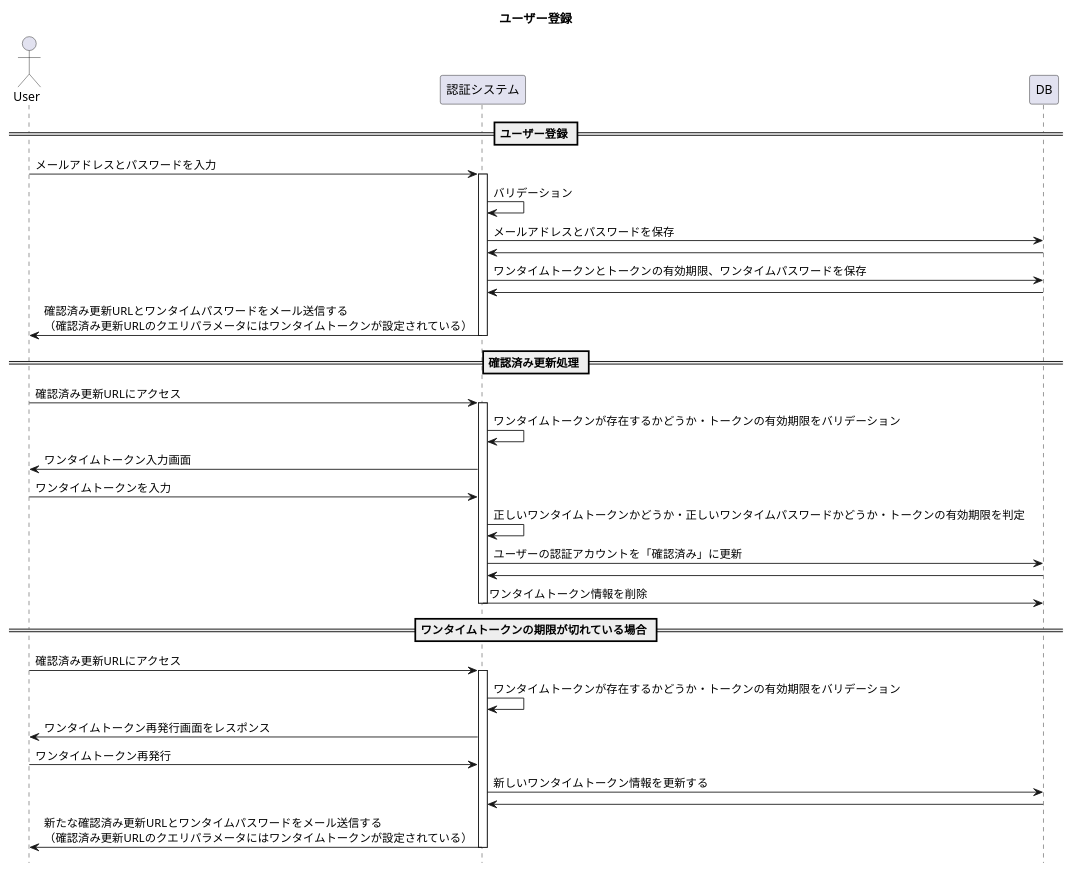
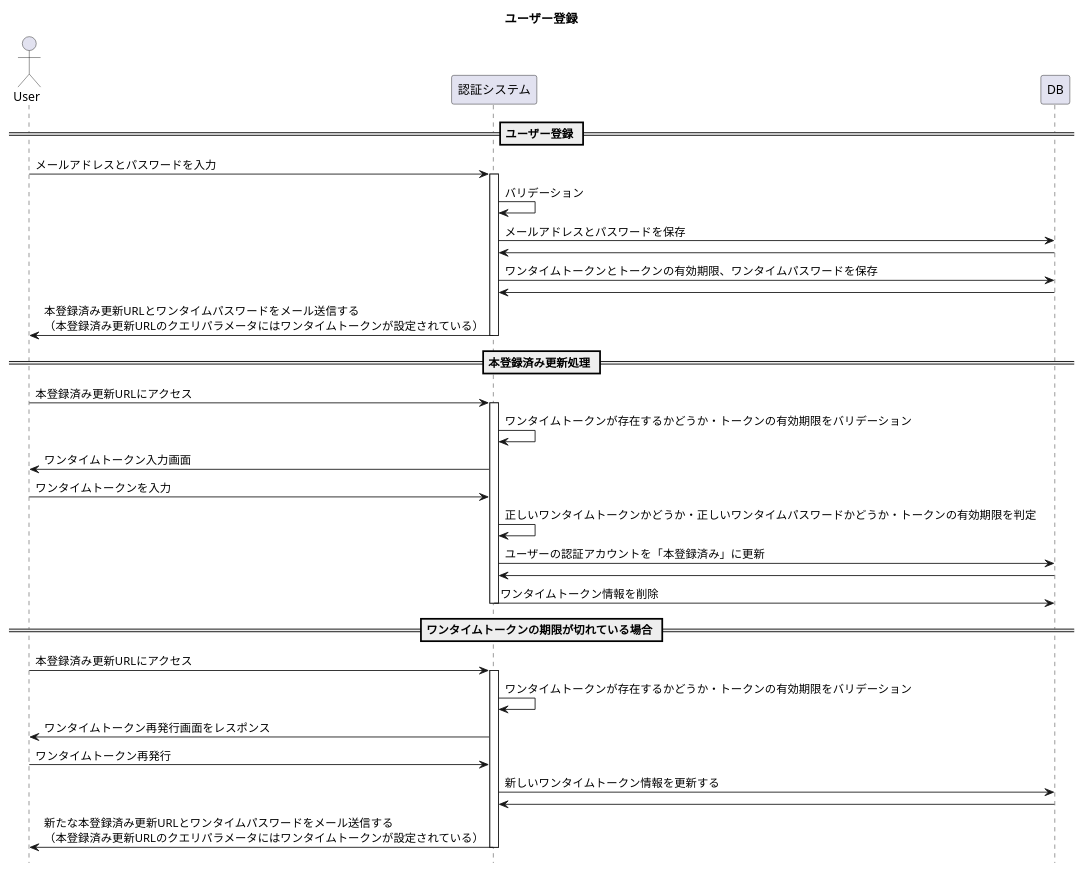
The diagram in modelingDiagram/sequenceDiagrams/userRegister.pu (h-maki2/identityAccess), drawn with PlantUML before and after one commit. The commit also changed 18 other files, not shown here.

```diff
--- a/modelingDiagram/sequenceDiagrams/userRegister.pu
+++ b/modelingDiagram/sequenceDiagrams/userRegister.pu
@@ -1,43 +1,43 @@
 @startuml userRegister
 title ユーザー登録
 hide footbox
 
 Actor User
 participant "認証システム" as authSystem
 participant DB 
 
 == ユーザー登録 ==
 User -> authSystem : メールアドレスとパスワードを入力
 activate authSystem
 authSystem -> authSystem : バリデーション
 authSystem -> DB : メールアドレスとパスワードを保存
 authSystem <- DB
 authSystem -> DB : ワンタイムトークンとトークンの有効期限、ワンタイムパスワードを保存
 authSystem <- DB
-User <- authSystem : 確認済み更新URLとワンタイムパスワードをメール送信する\n（確認済み更新URLのクエリパラメータにはワンタイムトークンが設定されている）
+User <- authSystem : 本登録済み更新URLとワンタイムパスワードをメール送信する\n（本登録済み更新URLのクエリパラメータにはワンタイムトークンが設定されている）
 deactivate authSystem
 
-== 確認済み更新処理 ==
-User -> authSystem : 確認済み更新URLにアクセス
+== 本登録済み更新処理 ==
+User -> authSystem : 本登録済み更新URLにアクセス
 activate authSystem
 authSystem -> authSystem : ワンタイムトークンが存在するかどうか・トークンの有効期限をバリデーション
 User <- authSystem : ワンタイムトークン入力画面
 User -> authSystem : ワンタイムトークンを入力
 authSystem -> authSystem : 正しいワンタイムトークンかどうか・正しいワンタイムパスワードかどうか・トークンの有効期限を判定
-authSystem -> DB : ユーザーの認証アカウントを「確認済み」に更新
+authSystem -> DB : ユーザーの認証アカウントを「本登録済み」に更新
 authSystem <- DB
 authSystem -> DB : ワンタイムトークン情報を削除
 deactivate authSystem
 
 == ワンタイムトークンの期限が切れている場合 ==
-User -> authSystem : 確認済み更新URLにアクセス
+User -> authSystem : 本登録済み更新URLにアクセス
 activate authSystem
 authSystem -> authSystem : ワンタイムトークンが存在するかどうか・トークンの有効期限をバリデーション
 User <- authSystem : ワンタイムトークン再発行画面をレスポンス
 User -> authSystem : ワンタイムトークン再発行
 authSystem -> DB : 新しいワンタイムトークン情報を更新する
 authSystem <- DB
-User <- authSystem : 新たな確認済み更新URLとワンタイムパスワードをメール送信する\n（確認済み更新URLのクエリパラメータにはワンタイムトークンが設定されている）
+User <- authSystem : 新たな本登録済み更新URLとワンタイムパスワードをメール送信する\n（本登録済み更新URLのクエリパラメータにはワンタイムトークンが設定されている）
 deactivate authSystem
 
 @enduml
```
